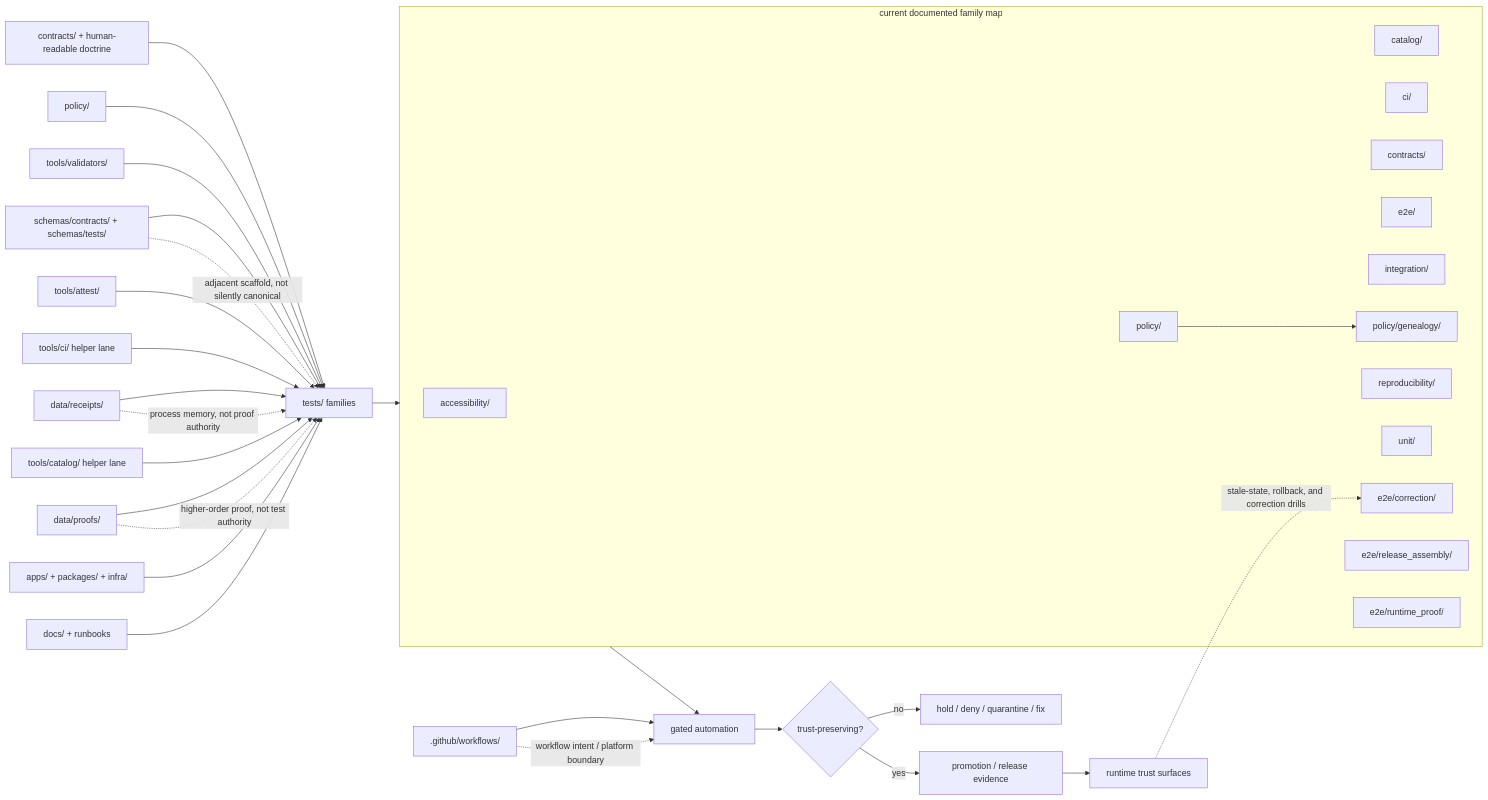
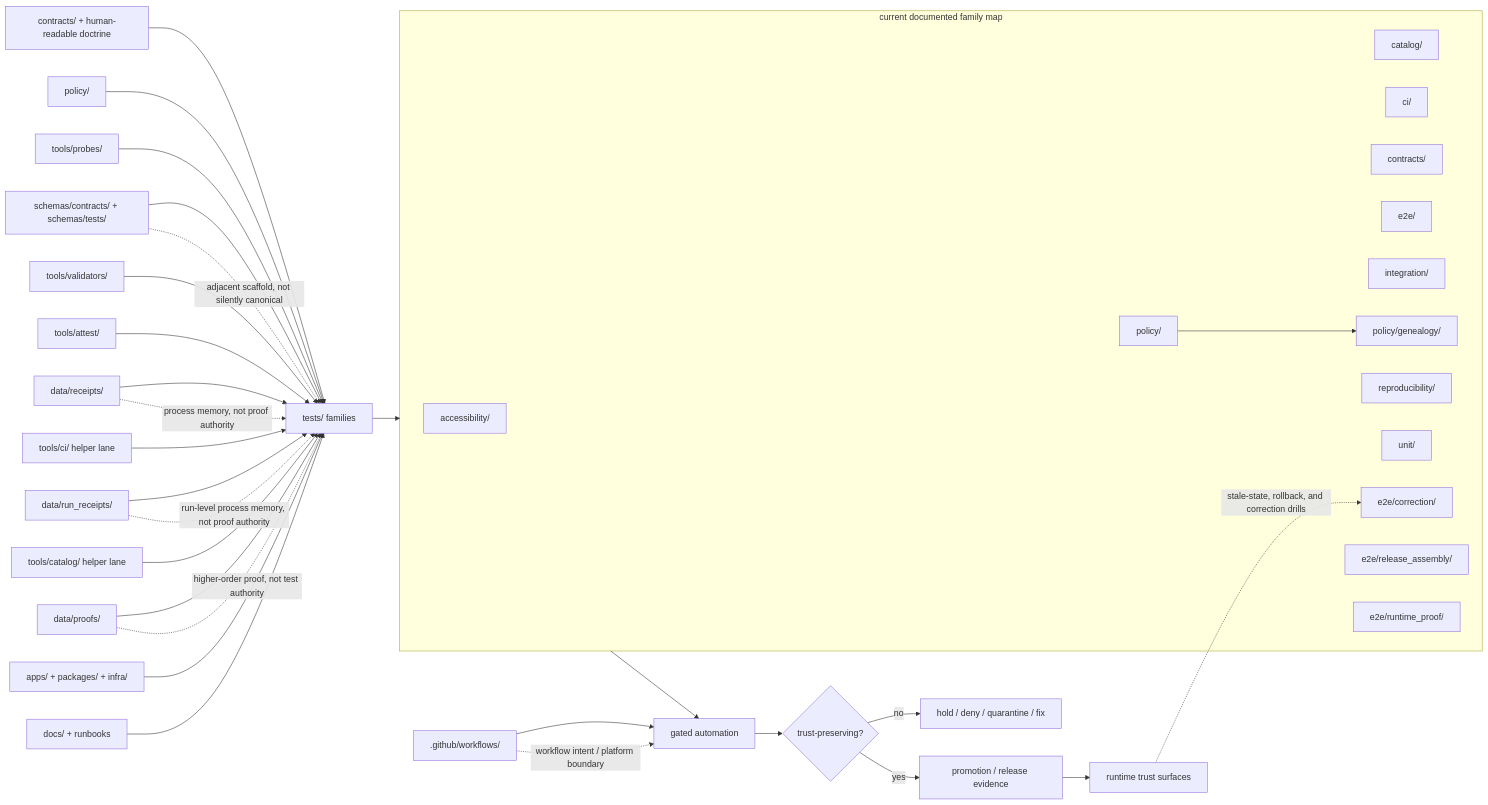
Before and after one commit to bartytime4life/Kansas-Frontier-Matrix: the diagram in tests/README.md, drawn with Mermaid. The commit also changed other lines of this file, not shown here.

````diff
--- a/tests/README.md
+++ b/tests/README.md
@@ -534,46 +588,49 @@
 ```mermaid
 flowchart LR
     C["contracts/ + human-readable doctrine"] --> T["tests/ families"]
     SC["schemas/contracts/ + schemas/tests/"] --> T
     P["policy/"] --> T
     DR["data/receipts/"] --> T
+    DRR["data/run_receipts/"] --> T
     DP["data/proofs/"] --> T
+    PR["tools/probes/"] --> T
     V["tools/validators/"] --> T
     AT["tools/attest/"] --> T
     H["tools/ci/ helper lane"] --> T
     HC["tools/catalog/ helper lane"] --> T
     A["apps/ + packages/ + infra/"] --> T
     D["docs/ + runbooks"] --> T
     W[".github/workflows/"] --> G["gated automation"]
 
     subgraph F["current documented family map"]
       AX["accessibility/"]
       CA["catalog/"]
       CI["ci/"]
       K["contracts/"]
       E["e2e/"]
       I["integration/"]
       PO["policy/"]
       PG["policy/genealogy/"]
       R["reproducibility/"]
       U["unit/"]
       EC["e2e/correction/"]
       ER["e2e/release_assembly/"]
       EP["e2e/runtime_proof/"]
     end
 
     T --> F
     PO --> PG
     F --> G
     G --> Q{"trust-preserving?"}
 
     Q -->|no| H2["hold / deny / quarantine / fix"]
-    Q -->|yes| PR["promotion / release evidence"]
-    PR --> RT["runtime trust surfaces"]
+    Q -->|yes| PRM["promotion / release evidence"]
+    PRM --> RT["runtime trust surfaces"]
 
     RT -. stale-state, rollback, and correction drills .-> EC
     W -. workflow intent / platform boundary .-> G
     SC -. adjacent scaffold, not silently canonical .-> T
     DR -. process memory, not proof authority .-> T
+    DRR -. run-level process memory, not proof authority .-> T
     DP -. higher-order proof, not test authority .-> T
 ```
````
